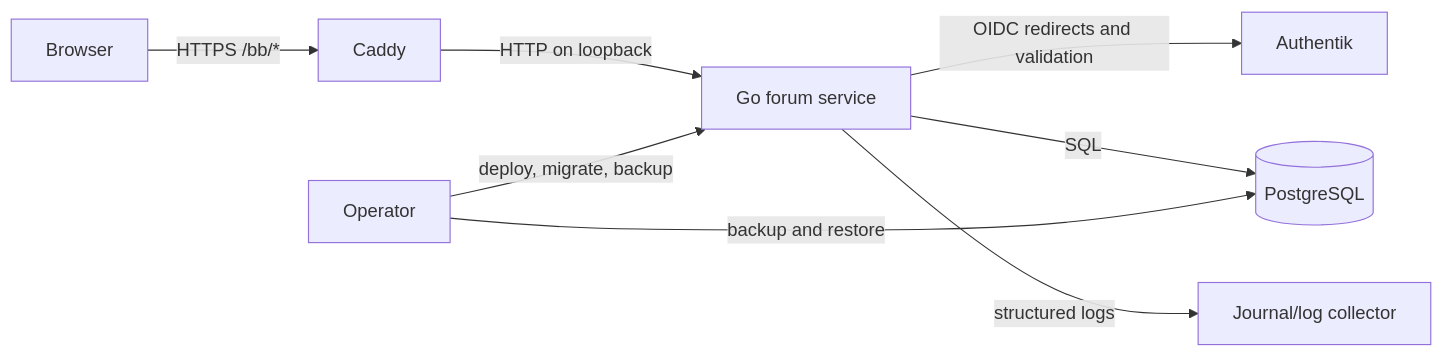
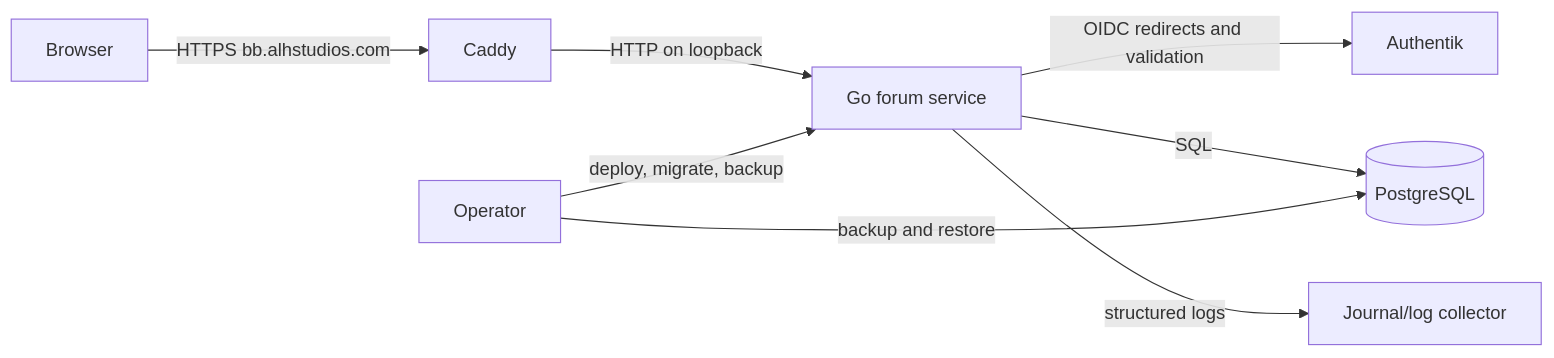
One commit to gotthboard/gotth-bb changed the diagram in docs/architecture.md. Above: the diagram before and after it, drawn with Mermaid. The commit also changed other lines of this file and 19 other files, not shown here.

````diff
--- a/docs/architecture.md
+++ b/docs/architecture.md
@@ -31,10 +31,10 @@
 ```mermaid
 flowchart LR
-    B[Browser] -->|HTTPS /bb/*| C[Caddy]
+    B[Browser] -->|HTTPS bb.alhstudios.com| C[Caddy]
     C -->|HTTP on loopback| A[Go forum service]
     A -->|OIDC redirects and validation| I[Authentik]
     A -->|SQL| P[(PostgreSQL)]
     A -->|structured logs| L[Journal/log collector]
     H[Operator] -->|deploy, migrate, backup| A
     H -->|backup and restore| P
 ```
````
